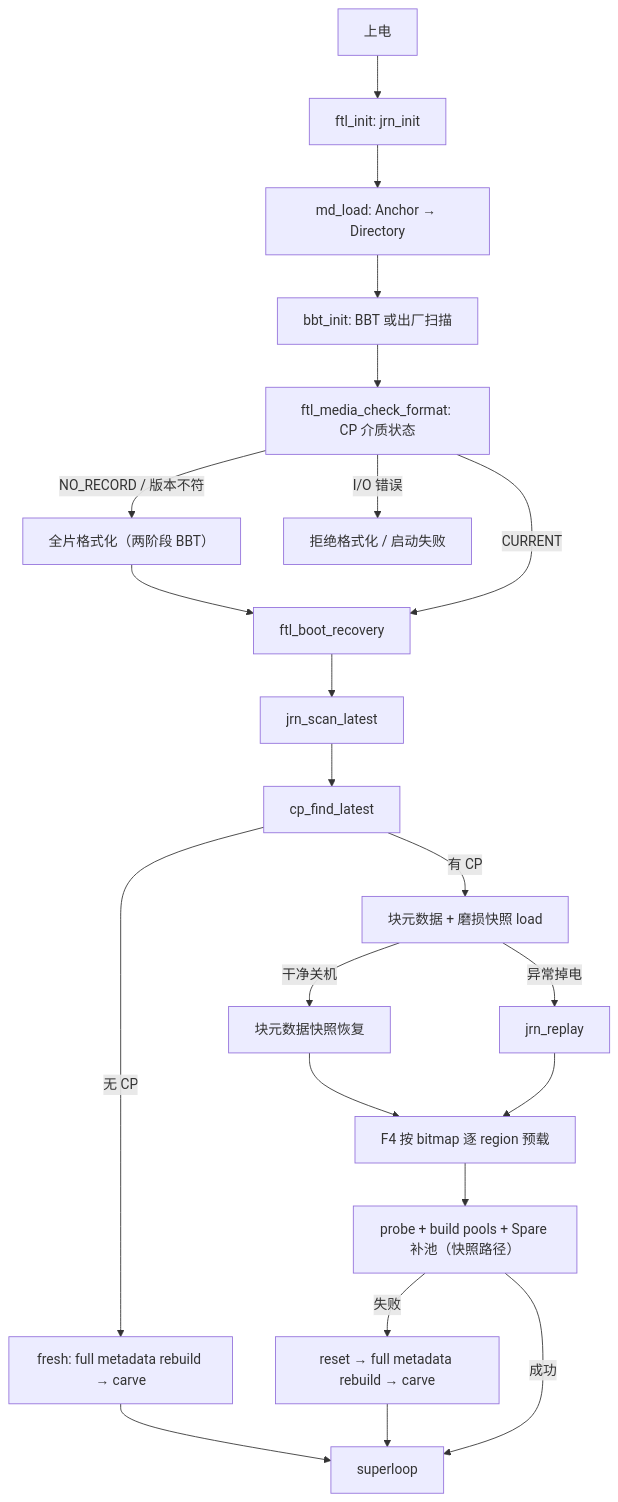
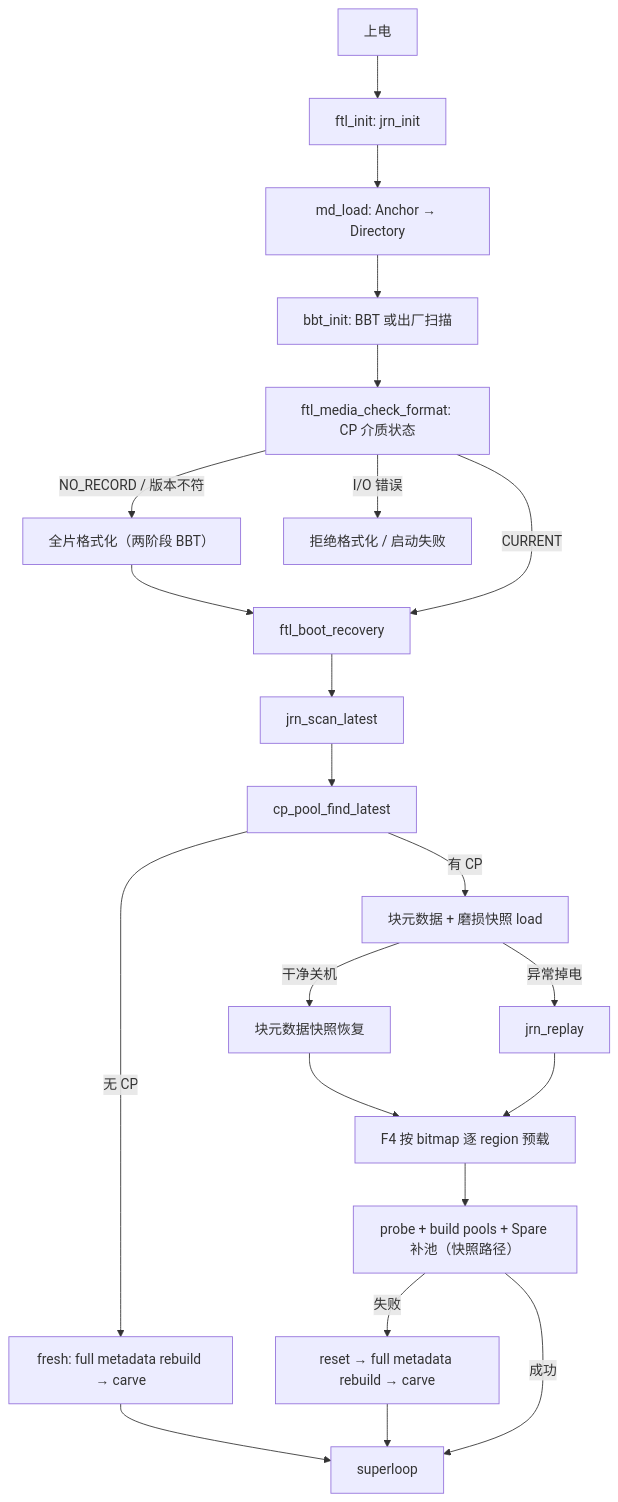
Before and after one commit to YzYMIAO/BASESSD: the third of 32 diagrams in docs/design/ftl_design.md, drawn with Mermaid. The commit also changed other lines of this file and 14 other files, not shown here.

````diff
--- a/docs/design/ftl_design.md
+++ b/docs/design/ftl_design.md
@@ -911,24 +911,24 @@
 ```mermaid
 flowchart TD
     PWR["上电"] --> JI["ftl_init: jrn_init"]
     JI --> MDL["md_load: Anchor → Directory"]
     MDL --> BBTI["bbt_init: BBT 或出厂扫描"]
     BBTI --> VER["ftl_media_check_format: CP 介质状态"]
     VER -- "NO_RECORD / 版本不符" --> FMT["全片格式化（两阶段 BBT）"]
     VER -- "I/O 错误" --> HALT["拒绝格式化 / 启动失败"]
     VER -- "CURRENT" --> BR["ftl_boot_recovery"]
     FMT --> BR
     BR --> JS["jrn_scan_latest"]
-    JS --> CPF["cp_find_latest"]
+    JS --> CPF["cp_pool_find_latest"]
     CPF -- "无 CP" --> FRESH["fresh: full metadata rebuild → carve"]
     CPF -- "有 CP" --> LS["块元数据 + 磨损快照 load"]
     LS -- "干净关机" --> CL["块元数据快照恢复"]
     LS -- "异常掉电" --> JR["jrn_replay"]
     CL --> F4["F4 按 bitmap 逐 region 预载"]
     JR --> F4
     F4 --> POOL["probe + build pools + Spare 补池（快照路径）"]
     POOL -- "失败" --> FB["reset → full metadata rebuild → carve"]
     POOL -- "成功" --> LOOP["superloop"]
     FRESH --> LOOP
     FB --> LOOP
 ```
````
